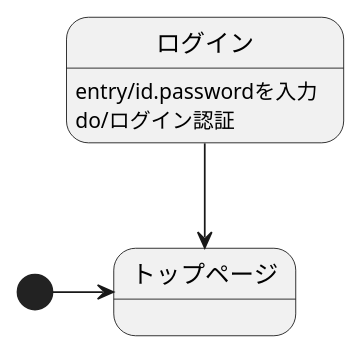
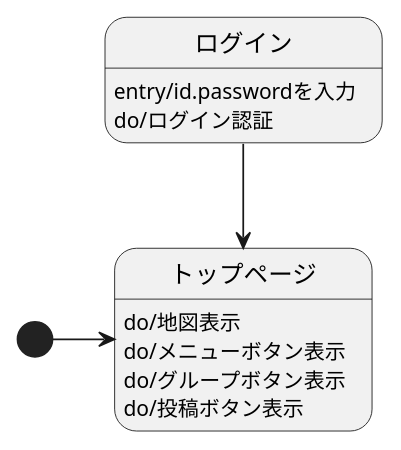
The diagram in 03_画面遷移図/画面遷移図.md (Aso2001031/System4_ver2.0), drawn with PlantUML before and after one commit.

````diff
--- a/03_画面遷移図/画面遷移図.md
+++ b/03_画面遷移図/画面遷移図.md
@@ -1,11 +1,16 @@
 ```uml
 @startuml
 
 [*] -> トップページ
+
+トップページ : do/地図表示
+トップページ : do/メニューボタン表示
+トップページ : do/グループボタン表示
+トップページ : do/投稿ボタン表示
 
 ログイン -down-> トップページ
 ログイン : entry/id.passwordを入力 
 ログイン : do/ログイン認証 
 
 @enduml
 ```
````
